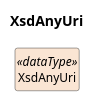
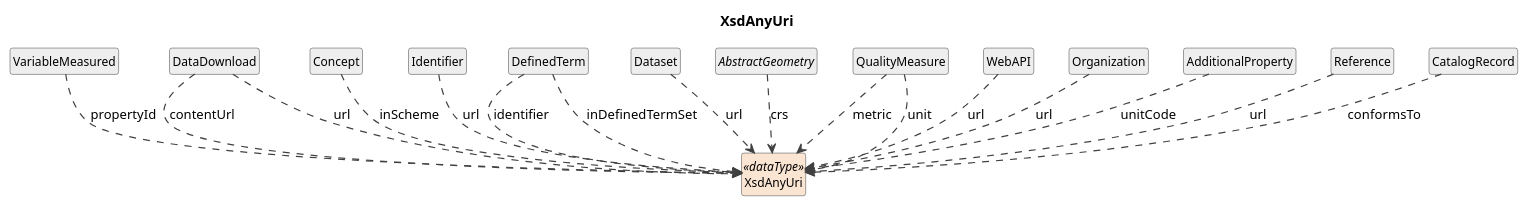
One commit to Cross-Domain-Interoperability-Framework/metadataBuildingBlocks changed the diagram in build/field-level-documentation/CDIFDataStructure/DataTypes/XsdAnyUri.pu. Above: the diagram before and after it, drawn with PlantUML. The commit also changed 432 other files, not shown here.

```diff
--- a/build/field-level-documentation/CDIFDataStructure/DataTypes/XsdAnyUri.pu
+++ b/build/field-level-documentation/CDIFDataStructure/DataTypes/XsdAnyUri.pu
@@ -1,15 +1,44 @@
 @startuml
 title XsdAnyUri
 hide circle
 hide empty members
 skinparam shadowing false
 skinparam ArrowThickness 1.2
 skinparam class {
   ArrowColor #404040
   BorderColor #404040
   FontSize 12
 }
 
 class "XsdAnyUri" as XsdAnyUri <<dataType>> #FAE5D3
+class "VariableMeasured" as VariableMeasured #EEEEEE
+VariableMeasured ..> XsdAnyUri : propertyId
+class "DataDownload" as DataDownload #EEEEEE
+DataDownload ..> XsdAnyUri : contentUrl
+DataDownload ..> XsdAnyUri : url
+class "Concept" as Concept #EEEEEE
+Concept ..> XsdAnyUri : inScheme
+class "Identifier" as Identifier #EEEEEE
+Identifier ..> XsdAnyUri : url
+class "DefinedTerm" as DefinedTerm #EEEEEE
+DefinedTerm ..> XsdAnyUri : identifier
+DefinedTerm ..> XsdAnyUri : inDefinedTermSet
+class "Dataset" as Dataset #EEEEEE
+Dataset ..> XsdAnyUri : url
+abstract class "AbstractGeometry" as AbstractGeometry #EEEEEE
+AbstractGeometry ..> XsdAnyUri : crs
+class "QualityMeasure" as QualityMeasure #EEEEEE
+QualityMeasure ..> XsdAnyUri : metric
+QualityMeasure ..> XsdAnyUri : unit
+class "WebAPI" as WebAPI #EEEEEE
+WebAPI ..> XsdAnyUri : url
+class "Organization" as Organization #EEEEEE
+Organization ..> XsdAnyUri : url
+class "AdditionalProperty" as AdditionalProperty #EEEEEE
+AdditionalProperty ..> XsdAnyUri : unitCode
+class "Reference" as Reference #EEEEEE
+Reference ..> XsdAnyUri : url
+class "CatalogRecord" as CatalogRecord #EEEEEE
+CatalogRecord ..> XsdAnyUri : conformsTo
 
 @enduml
```
